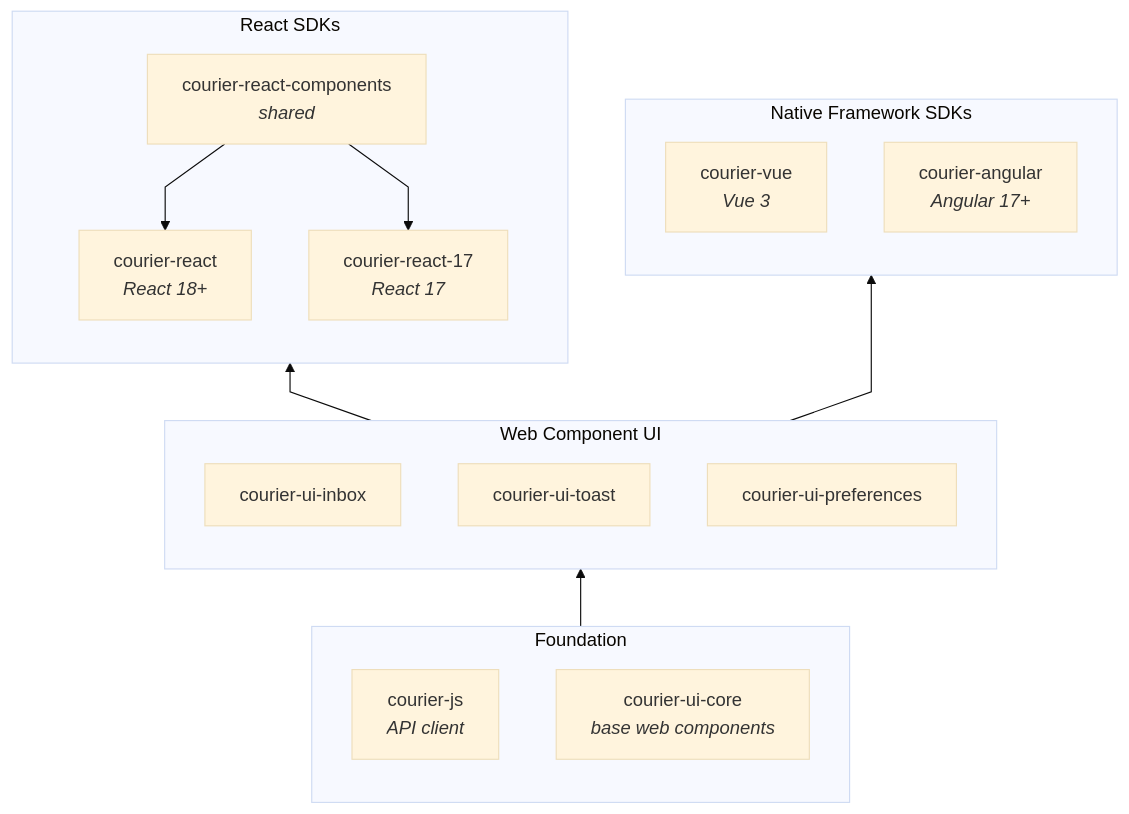
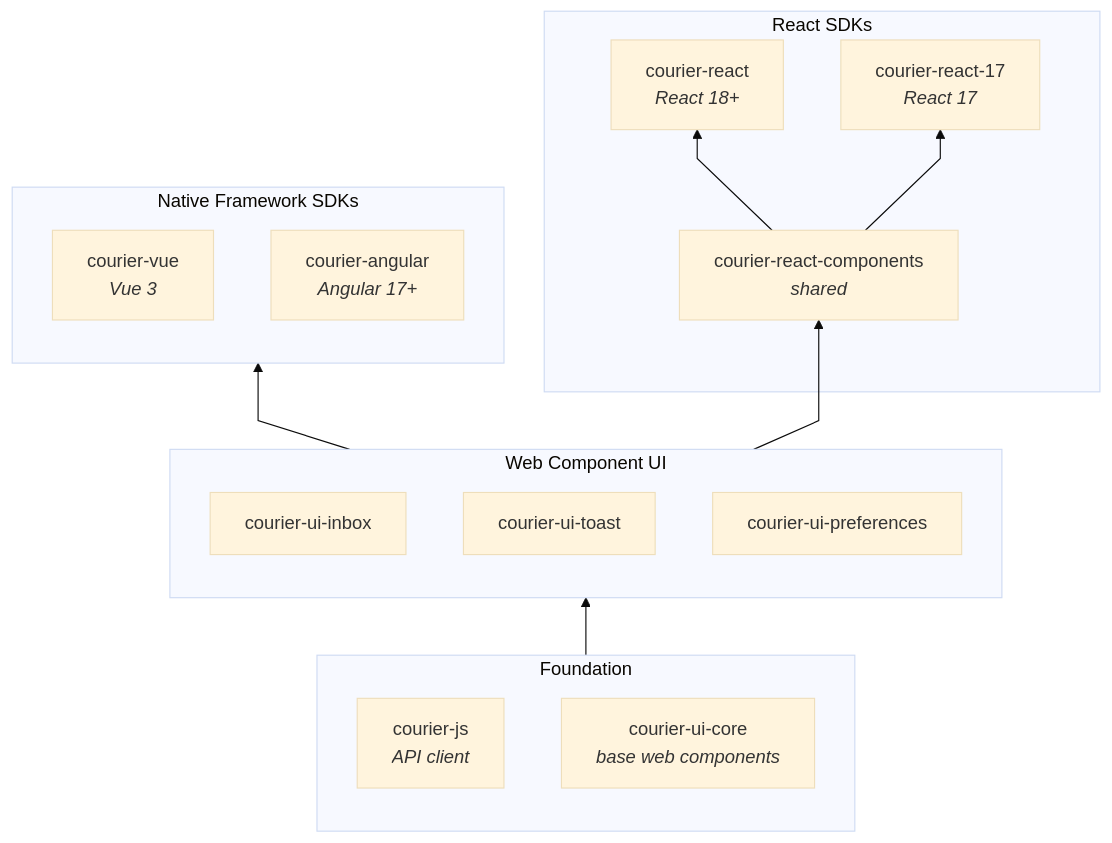
The diagram in README.md (trycourier/courier-web), drawn with Mermaid (base theme) before and after one commit.

Commit message:
docs: point Web Component UI edge to shared React components box

````diff
--- a/README.md
+++ b/README.md
@@ -62,30 +62,30 @@
 ```mermaid
 %%{init: {'flowchart': {'curve': 'linear'}}}%%
 graph BT
     subgraph foundation["Foundation"]
         js["courier-js<br/><i>API client</i>"]
         core["courier-ui-core<br/><i>base web components</i>"]
     end
 
     subgraph webcomponents["Web Component UI"]
         inbox["courier-ui-inbox"]
         toast["courier-ui-toast"]
         prefs["courier-ui-preferences"]
     end
 
     subgraph reactsdks["React SDKs"]
         rc["courier-react-components<br/><i>shared</i>"]
         r18["courier-react<br/><i>React 18+</i>"]
         r17["courier-react-17<br/><i>React 17</i>"]
     end
 
     subgraph nativesdks["Native Framework SDKs"]
         vue["courier-vue<br/><i>Vue 3</i>"]
         ng["courier-angular<br/><i>Angular 17+</i>"]
     end
 
     foundation --> webcomponents
-    webcomponents --> reactsdks
+    webcomponents --> rc
     webcomponents --> nativesdks
     rc --> r18 & r17
 ```
````
